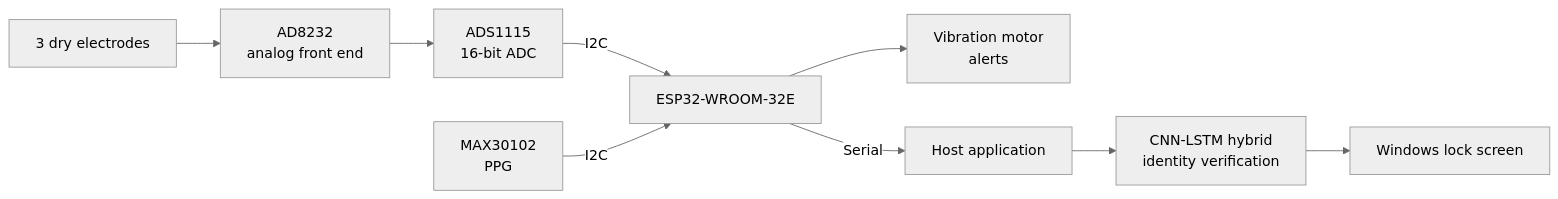
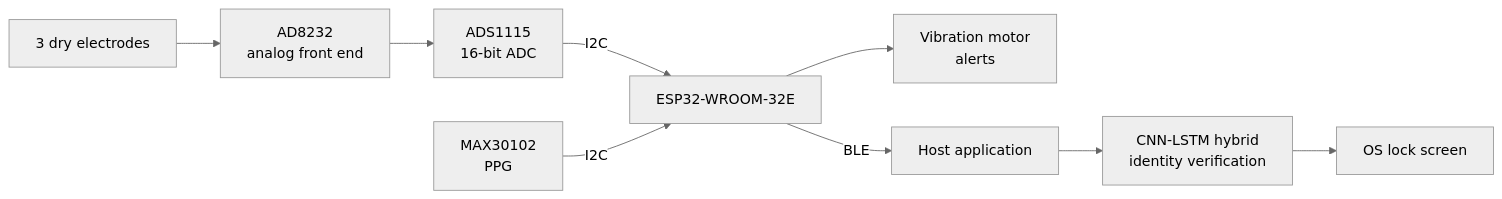
Before and after one commit to TolgaKarateke07/ritim-el-authentication: the diagram in README.md, drawn with Mermaid (neutral theme). The commit also changed other lines of this file, not shown here.

````diff
--- a/README.md
+++ b/README.md
@@ -31,11 +37,11 @@
 ```mermaid
 flowchart LR
     E["3 dry electrodes"] --> AFE["AD8232<br/>analog front end"]
     AFE --> ADC["ADS1115<br/>16-bit ADC"]
     ADC -->|I2C| MCU["ESP32-WROOM-32E"]
     PPG["MAX30102<br/>PPG"] -->|I2C| MCU
     MCU --> VIB["Vibration motor<br/>alerts"]
-    MCU -->|Serial| APP["Host application"]
+    MCU -->|BLE| APP["Host application"]
     APP --> ML["CNN-LSTM hybrid<br/>identity verification"]
-    ML --> LOCK["Windows lock screen"]
+    ML --> LOCK["OS lock screen"]
 ```
````
